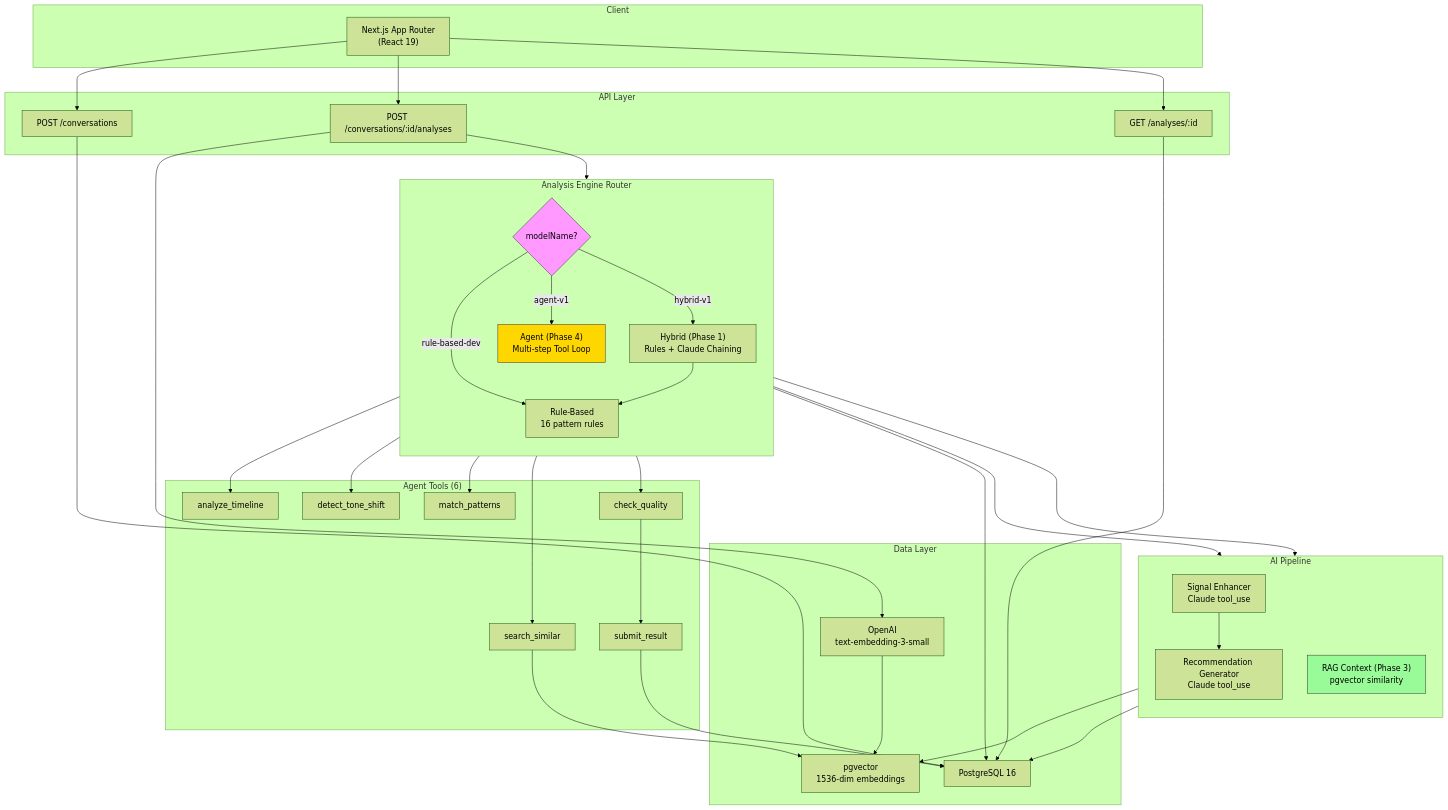
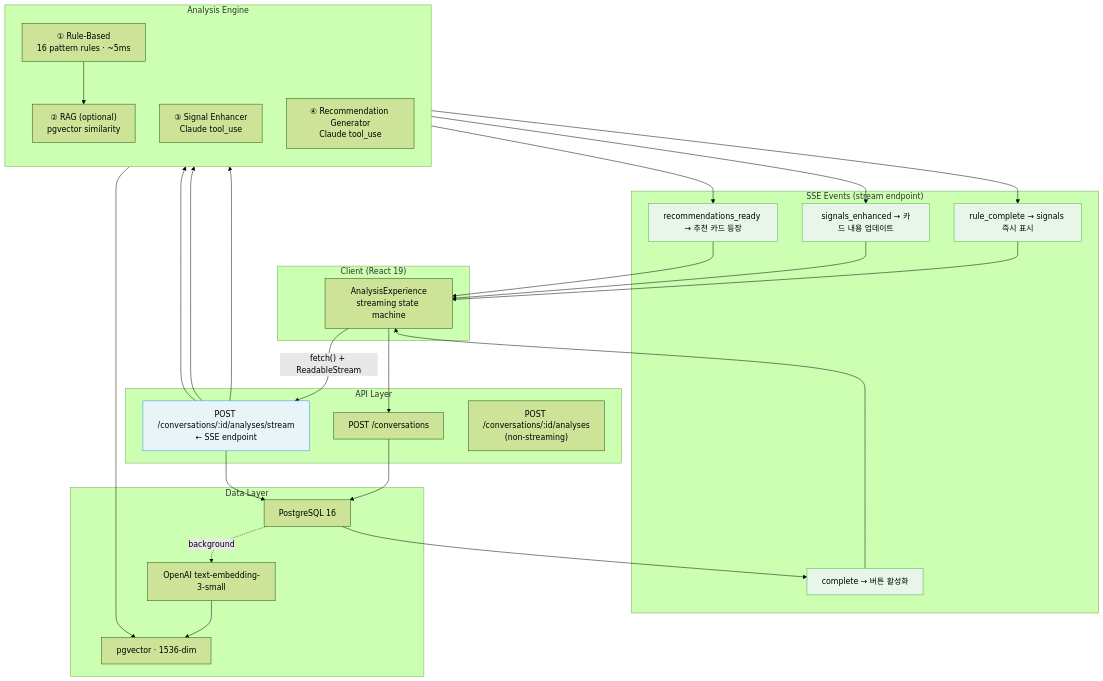
One commit to jean202/signalmate changed the first of 4 diagrams in landing-page-nextjs/README.md. Above: the diagram before and after it, drawn with Mermaid (forest theme). The commit also changed other lines of this file and 21 other files, not shown here.

````diff
--- a/landing-page-nextjs/README.md
+++ b/landing-page-nextjs/README.md
@@ -24,71 +27,48 @@
 ```mermaid
 flowchart TB
-    subgraph Client["Client"]
-        UI["Next.js App Router<br/>(React 19)"]
+    subgraph Client["Client (React 19)"]
+        UI["AnalysisExperience<br/>streaming state machine"]
     end
 
     subgraph API["API Layer"]
         CONV["POST /conversations"]
-        ANAL["POST /conversations/:id/analyses"]
-        GET_A["GET /analyses/:id"]
+        STREAM["POST /conversations/:id/analyses/stream<br/>← SSE endpoint"]
+        ANAL["POST /conversations/:id/analyses<br/>(non-streaming)"]
     end
 
-    subgraph Engine["Analysis Engine Router"]
+    subgraph Engine["Analysis Engine"]
         direction TB
-        ROUTER{"modelName?"}
-        RULE["Rule-Based<br/>16 pattern rules"]
-        HYBRID["Hybrid (Phase 1)<br/>Rules + Claude Chaining"]
-        AGENT["Agent (Phase 4)<br/>Multi-step Tool Loop"]
+        RULE["① Rule-Based<br/>16 pattern rules · ~5ms"]
+        RAG["② RAG (optional)<br/>pgvector similarity"]
+        ENHANCE["③ Signal Enhancer<br/>Claude tool_use"]
+        RECOM["④ Recommendation Generator<br/>Claude tool_use"]
     end
 
-    subgraph AI["AI Pipeline"]
-        direction TB
-        ENHANCE["Signal Enhancer<br/>Claude tool_use"]
-        RECOM["Recommendation Generator<br/>Claude tool_use"]
-        RAG["RAG Context (Phase 3)<br/>pgvector similarity"]
-    end
-
-    subgraph AgentTools["Agent Tools (6)"]
-        T1["analyze_timeline"]
-        T2["detect_tone_shift"]
-        T3["match_patterns"]
-        T4["search_similar"]
-        T5["check_quality"]
-        T6["submit_result"]
+    subgraph SSE["SSE Events (stream endpoint)"]
+        E1["rule_complete → signals 즉시 표시"]
+        E2["signals_enhanced → 카드 내용 업데이트"]
+        E3["recommendations_ready → 추천 카드 등장"]
+        E4["complete → 버튼 활성화"]
     end
 
     subgraph Data["Data Layer"]
         PG["PostgreSQL 16"]
-        VEC["pgvector<br/>1536-dim embeddings"]
-        EMBED["OpenAI<br/>text-embedding-3-small"]
+        VEC["pgvector · 1536-dim"]
+        EMBED["OpenAI text-embedding-3-small"]
     end
 
     UI --> CONV --> PG
-    UI --> ANAL --> ROUTER
-    ROUTER -->|rule-based-dev| RULE
-    ROUTER -->|hybrid-v1| HYBRID
-    ROUTER -->|agent-v1| AGENT
+    UI -->|"fetch() + ReadableStream"| STREAM
+    STREAM --> RULE --> E1 --> UI
+    RULE --> RAG --> VEC
+    STREAM --> ENHANCE --> E2 --> UI
+    STREAM --> RECOM --> E3 --> UI
+    STREAM --> PG --> E4 --> UI
+    PG -.->|"background"| EMBED --> VEC
 
-    HYBRID --> RULE
-    HYBRID --> RAG
-    RAG --> VEC
-    HYBRID --> ENHANCE
-    ENHANCE --> RECOM
-
-    AGENT --> T1 & T2 & T3 & T4
-    T4 --> VEC
-    AGENT --> T5 --> T6
-
-    RULE --> PG
-    RECOM --> PG
-    T6 --> PG
-
-    ANAL --> EMBED --> VEC
-
-    GET_A --> PG
-    UI --> GET_A
-
-    style ROUTER fill:#f9f,stroke:#333
-    style AGENT fill:#ffd700,stroke:#333
-    style RAG fill:#98fb98,stroke:#333
+    style STREAM fill:#e8f4f8,stroke:#2196F3
+    style E1 fill:#e8f5e9,stroke:#4CAF50
+    style E2 fill:#e8f5e9,stroke:#4CAF50
+    style E3 fill:#e8f5e9,stroke:#4CAF50
+    style E4 fill:#e8f5e9,stroke:#4CAF50
 ```
````
